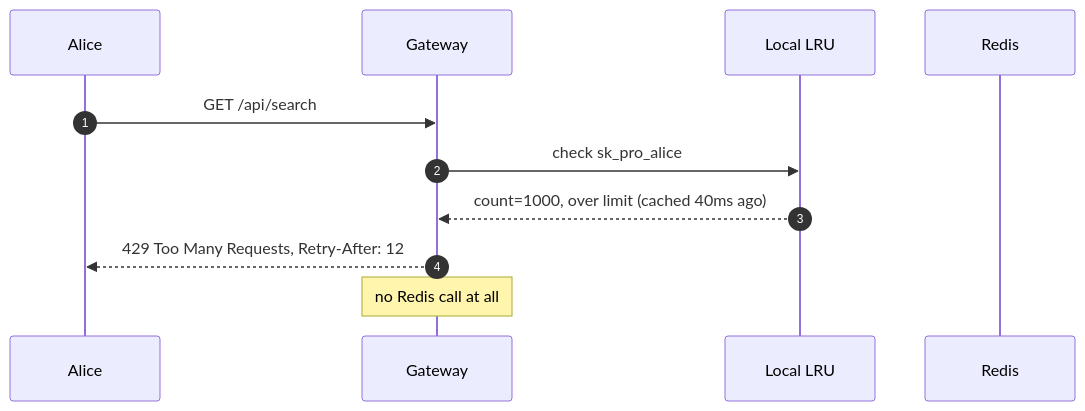
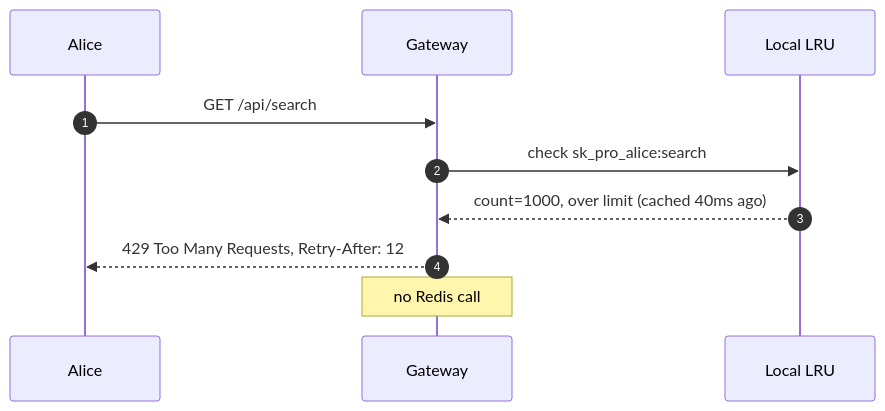
One commit to shiningflash/system-design changed diagram 11 of 12 in problems/004-rate-limiter/question.md. Above: the diagram before and after it, drawn with Mermaid. The commit also changed other lines of this file and 37 other files, not shown here.

````diff
--- a/problems/004-rate-limiter/question.md
+++ b/problems/004-rate-limiter/question.md
@@ -351,14 +420,13 @@
 ```mermaid
 sequenceDiagram
     autonumber
     participant Alice
     participant GW as Gateway
     participant LRU as Local LRU
-    participant R as Redis
 
     Alice->>GW: GET /api/search
-    GW->>LRU: check sk_pro_alice
+    GW->>LRU: check sk_pro_alice:search
     LRU-->>GW: count=1000, over limit (cached 40ms ago)
     GW-->>Alice: 429 Too Many Requests, Retry-After: 12
-    Note over GW: no Redis call at all
+    Note over GW: no Redis call
 ```
````
